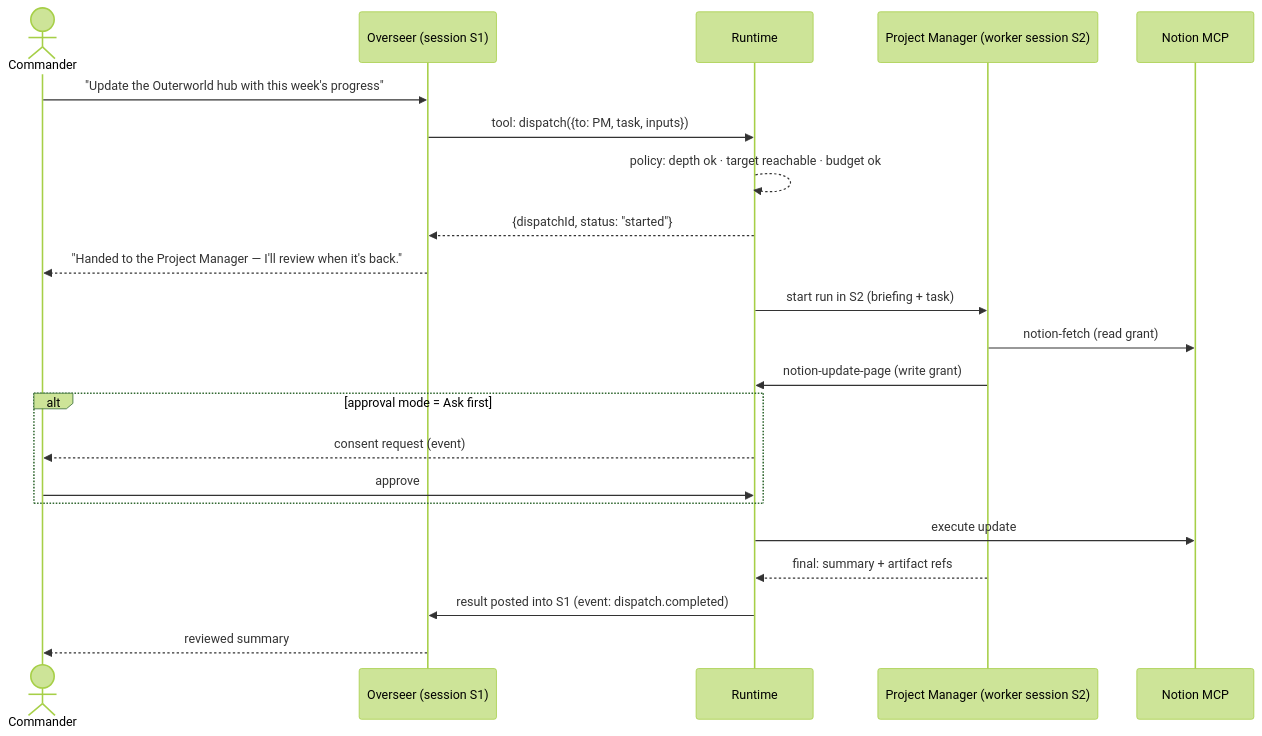
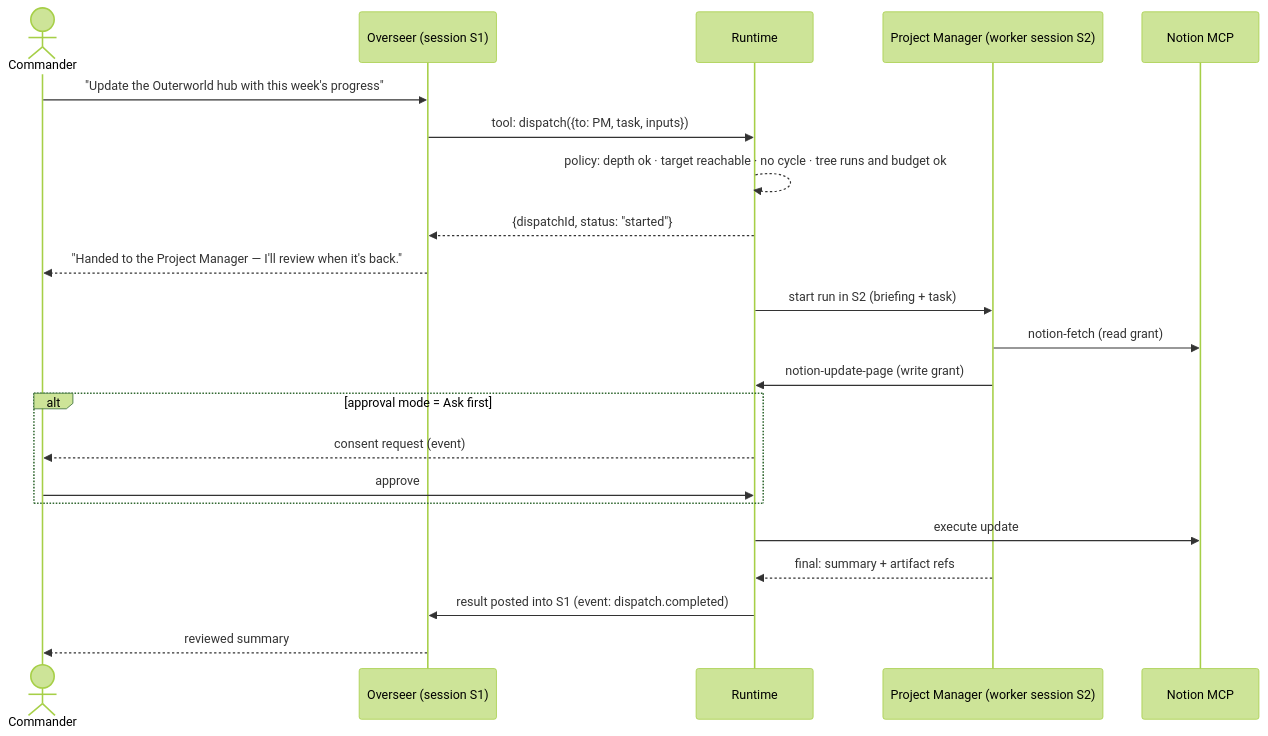
One commit to DarthSaul/outerworld-ai changed the second of 4 diagrams in docs/specs/BRIEF-station-runtime.md. Above: the diagram before and after it, drawn with Mermaid (forest theme). The commit also changed other lines of this file and 9 other files, not shown here.

````diff
--- a/docs/specs/BRIEF-station-runtime.md
+++ b/docs/specs/BRIEF-station-runtime.md
@@ -174,25 +178,25 @@
 ```mermaid
 sequenceDiagram
   actor C as Commander
   participant O as Overseer (session S1)
   participant R as Runtime
   participant PM as Project Manager (worker session S2)
   participant N as Notion MCP
 
   C->>O: "Update the Outerworld hub with this week's progress"
   O->>R: tool: dispatch({to: PM, task, inputs})
-  R-->>R: policy: depth ok · target reachable · budget ok
+  R-->>R: policy: depth ok · target reachable · no cycle · tree runs and budget ok
   R-->>O: {dispatchId, status: "started"}
   O-->>C: "Handed to the Project Manager — I'll review when it's back."
   R->>PM: start run in S2 (briefing + task)
   PM->>N: notion-fetch (read grant)
   PM->>R: notion-update-page (write grant)
   alt approval mode = Ask first
     R-->>C: consent request (event)
     C->>R: approve
   end
   R->>N: execute update
   PM-->>R: final: summary + artifact refs
   R->>O: result posted into S1 (event: dispatch.completed)
   O-->>C: reviewed summary
 ```
````
